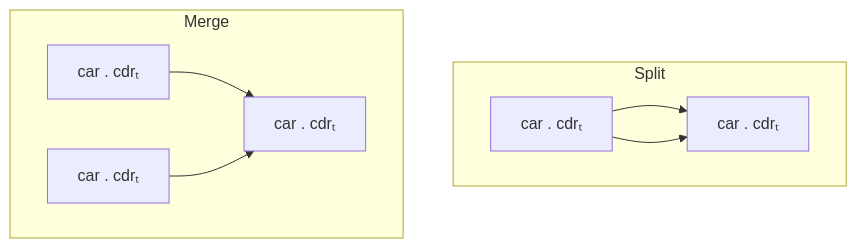
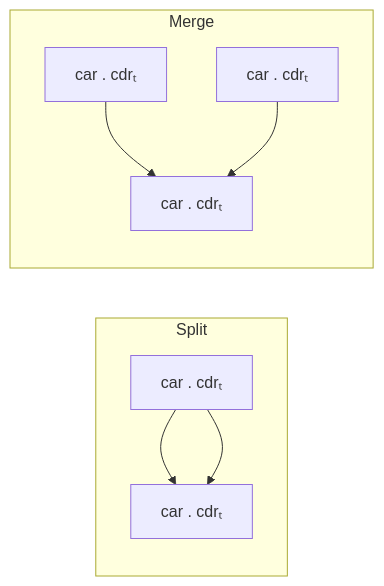
One commit to raviqqe/doc changed the diagram in slides/papers/stak-scheme/encode-branch.mmd. Above: the diagram before and after it, drawn with Mermaid.

```diff
--- a/slides/papers/stak-scheme/encode-branch.mmd
+++ b/slides/papers/stak-scheme/encode-branch.mmd
@@ -1,14 +1,14 @@
-flowchart TB
+flowchart LR
   subgraph Split
-    direction LR
+    direction TB
 
     c0[car . cdrₜ] --> c1[car . cdrₜ]
     c0 --> c1[car . cdrₜ]
   end
 
   subgraph Merge
-    direction LR
+    direction TB
 
     c3[car . cdrₜ] --> c5[car . cdrₜ]
     c4[car . cdrₜ] --> c5
   end
```
